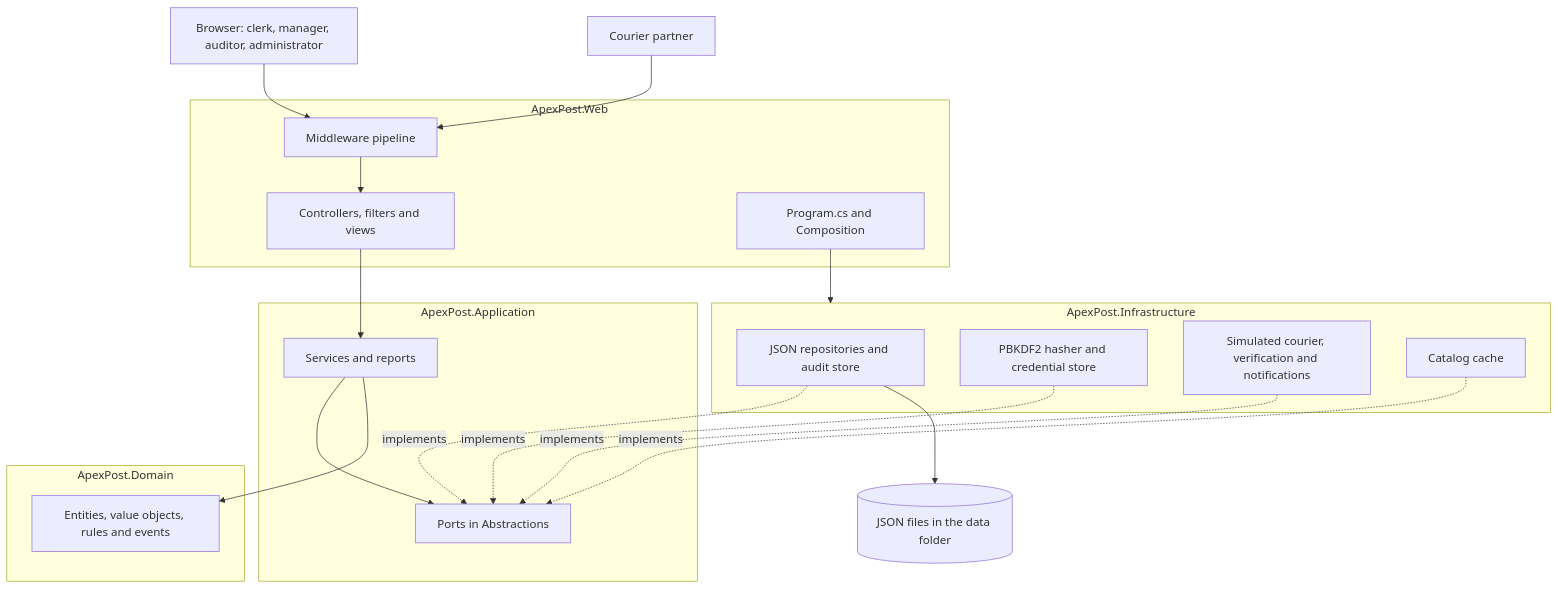
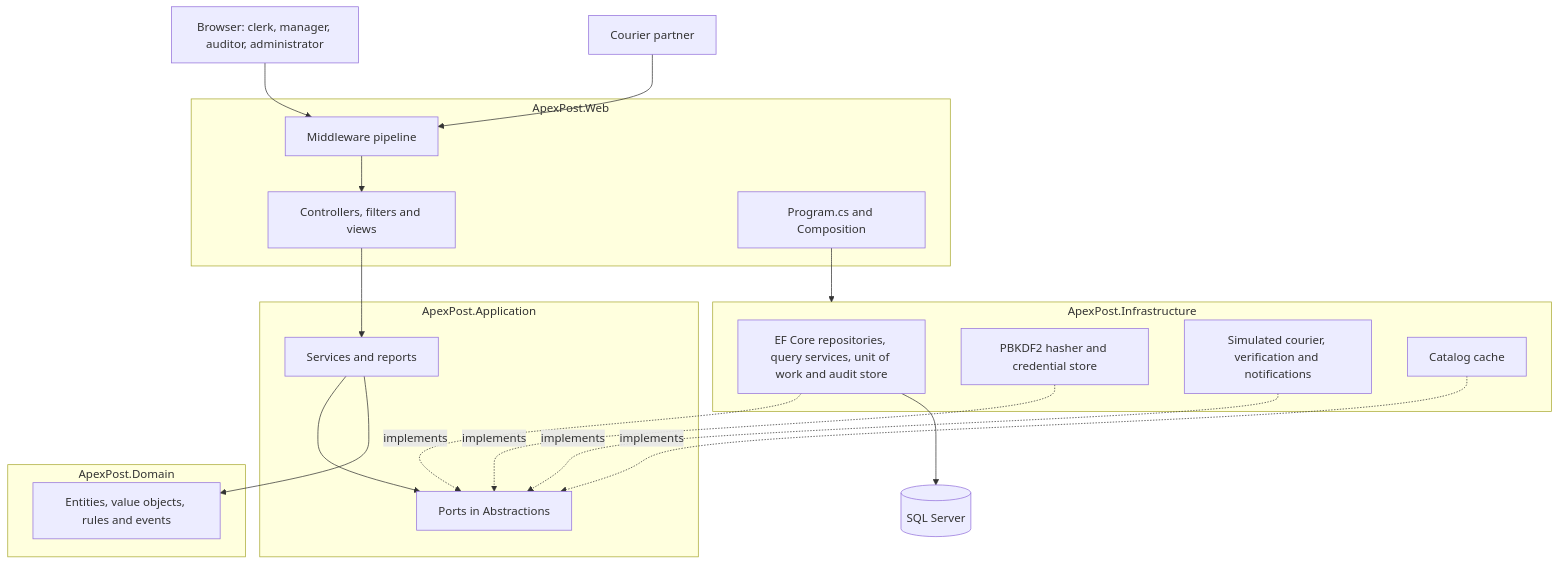
Before and after one commit to imsashantnicky/Apex_Post_Logistic: the first of 3 diagrams in DESIGN.md, drawn with Mermaid. The commit also changed other lines of this file and 2 other files, not shown here.

Commit message:
docs: record the SQL integration, ADR-013, 015, 016 and measured command counts

````diff
--- a/DESIGN.md
+++ b/DESIGN.md
@@ -22,42 +22,42 @@
 ```mermaid
 flowchart TB
     browser["Browser: clerk, manager, auditor, administrator"]
     partner["Courier partner"]
 
     subgraph web["ApexPost.Web"]
         pipeline["Middleware pipeline"]
         mvc["Controllers, filters and views"]
         root["Program.cs and Composition"]
     end
 
     subgraph application["ApexPost.Application"]
         services["Services and reports"]
         ports["Ports in Abstractions"]
     end
 
     subgraph domain["ApexPost.Domain"]
         model["Entities, value objects, rules and events"]
     end
 
     subgraph infrastructure["ApexPost.Infrastructure"]
-        json["JSON repositories and audit store"]
+        sql["EF Core repositories, query services, unit of work and audit store"]
         security["PBKDF2 hasher and credential store"]
         simulated["Simulated courier, verification and notifications"]
         cache["Catalog cache"]
     end
 
-    files[("JSON files in the data folder")]
+    database[("SQL Server")]
 
     browser --> pipeline
     partner --> pipeline
     pipeline --> mvc
     mvc --> services
     services --> ports
     services --> model
-    json -. implements .-> ports
+    sql -. implements .-> ports
     security -. implements .-> ports
     simulated -. implements .-> ports
     cache -. implements .-> ports
-    json --> files
+    sql --> database
     root --> infrastructure
 ```
````
